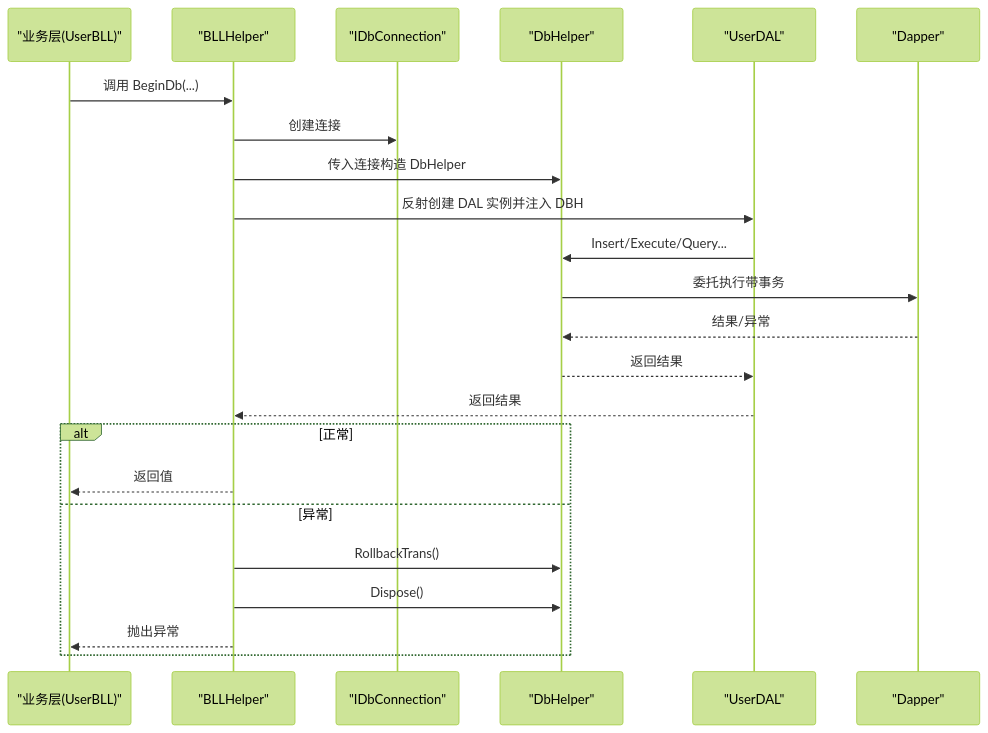
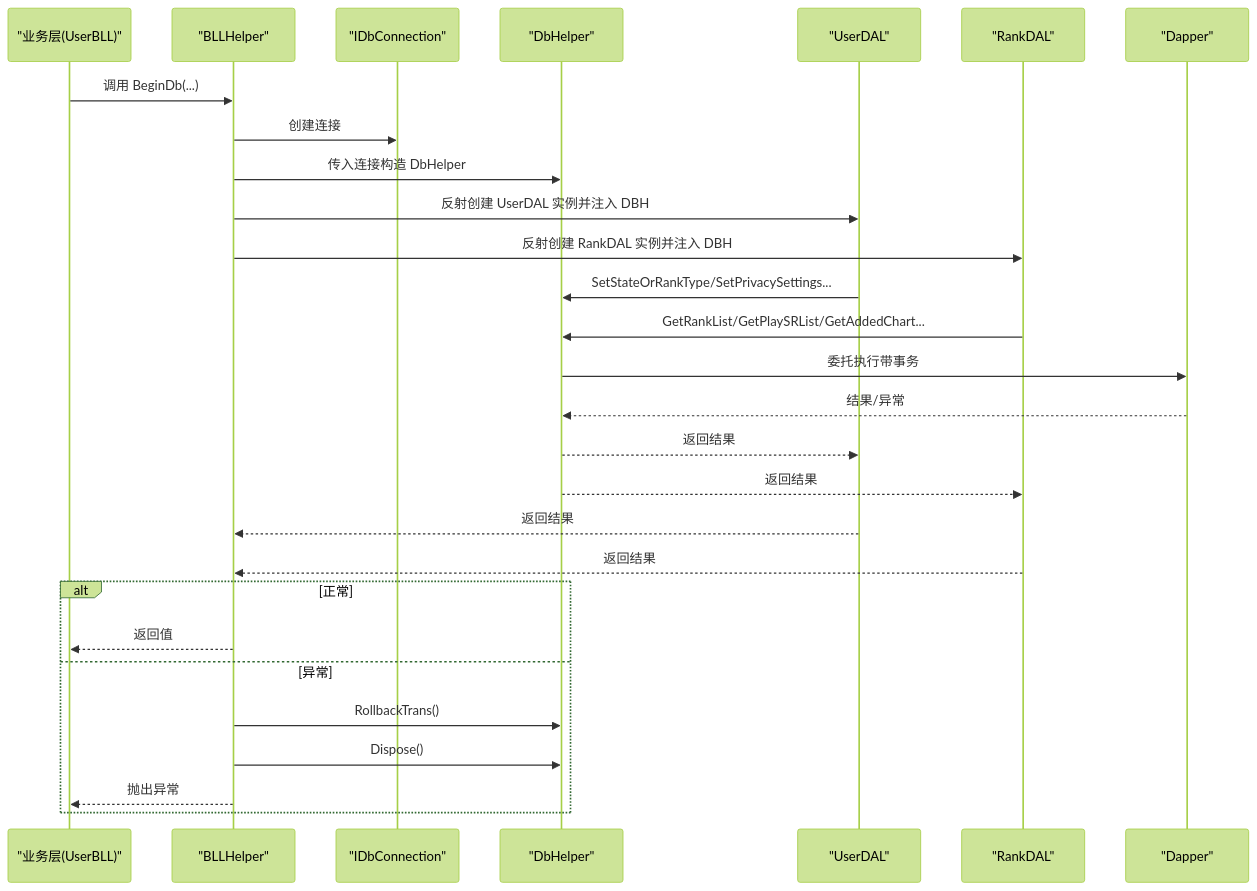
The second of 6 diagrams in .qoder/repowiki/zh/content/后端 API 服务/工具类库/数据库连接管理.md (TinyMaD/SpeedRunnersLab), drawn with Mermaid (forest theme) before and after one commit. The commit also changed other lines of this file and 29 other files, not shown here.

````diff
--- a/.qoder/repowiki/zh/content/后端 API 服务/工具类库/数据库连接管理.md
+++ b/.qoder/repowiki/zh/content/后端 API 服务/工具类库/数据库连接管理.md
@@ -104,25 +130,30 @@
 ```mermaid
 sequenceDiagram
 participant BLL as "业务层(UserBLL)"
 participant Helper as "BLLHelper"
 participant Conn as "IDbConnection"
 participant DBH as "DbHelper"
-participant DAL as "UserDAL"
+participant UserDAL as "UserDAL"
+participant RankDAL as "RankDAL"
 participant Dapper as "Dapper"
 BLL->>Helper : 调用 BeginDb(...)
 Helper->>Conn : 创建连接
 Helper->>DBH : 传入连接构造 DbHelper
-Helper->>DAL : 反射创建 DAL 实例并注入 DBH
-DAL->>DBH : Insert/Execute/Query...
+Helper->>UserDAL : 反射创建 UserDAL 实例并注入 DBH
+Helper->>RankDAL : 反射创建 RankDAL 实例并注入 DBH
+UserDAL->>DBH : SetStateOrRankType/SetPrivacySettings...
+RankDAL->>DBH : GetRankList/GetPlaySRList/GetAddedChart...
 DBH->>Dapper : 委托执行带事务
 Dapper-->>DBH : 结果/异常
-DBH-->>DAL : 返回结果
-DAL-->>Helper : 返回结果
+DBH-->>UserDAL : 返回结果
+DBH-->>RankDAL : 返回结果
+UserDAL-->>Helper : 返回结果
+RankDAL-->>Helper : 返回结果
 alt 正常
 Helper-->>BLL : 返回值
 else 异常
 Helper->>DBH : RollbackTrans()
 Helper->>DBH : Dispose()
 Helper-->>BLL : 抛出异常
 end
 ```
````
